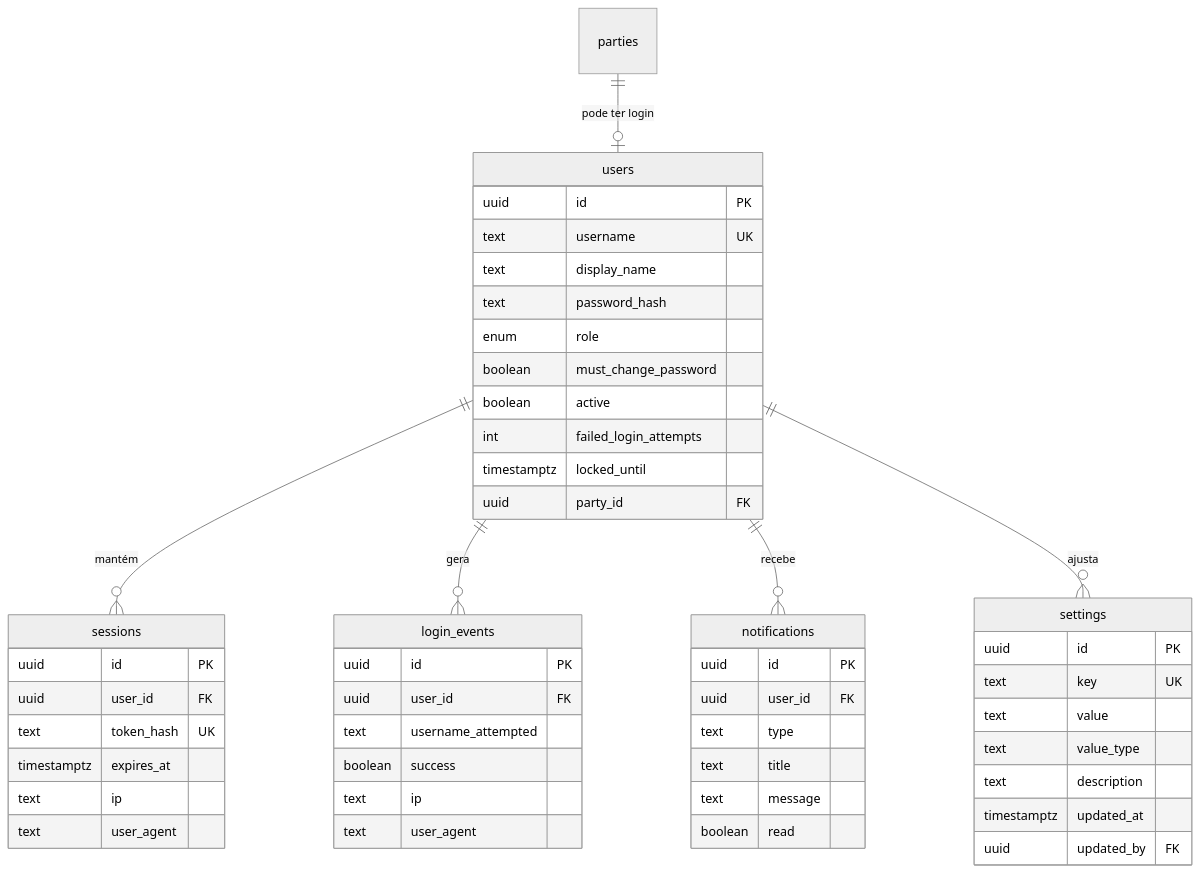
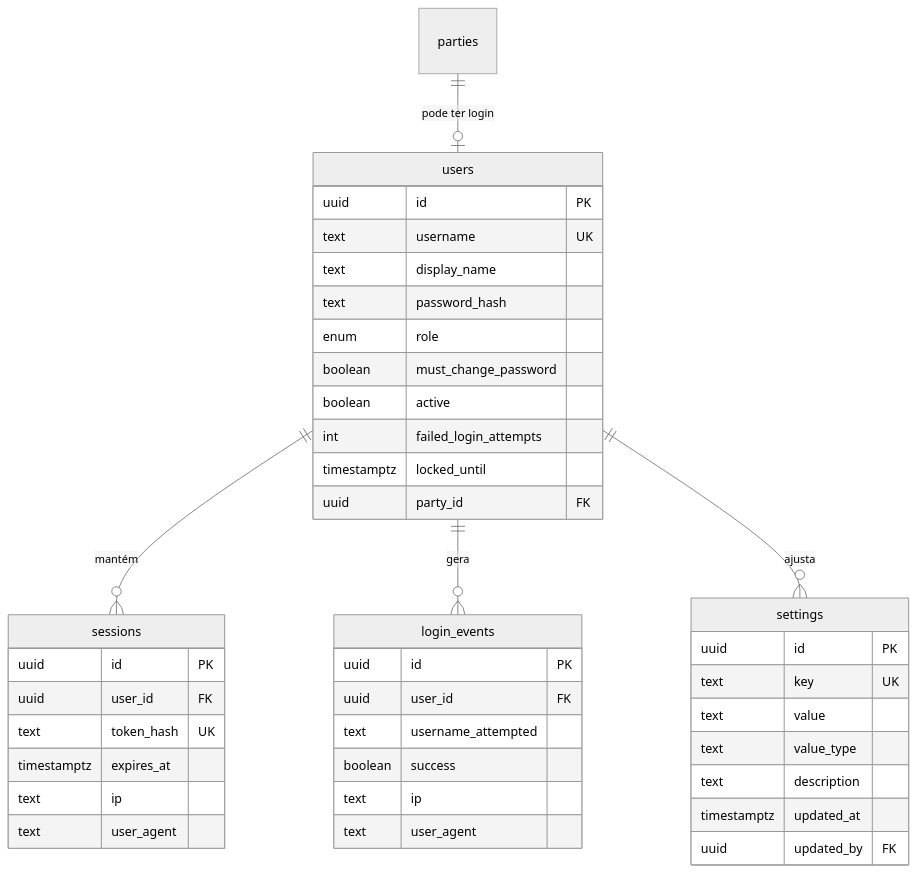
One commit to JoaoMudar/tcc changed the second of 5 diagrams in docs/engenharia/C-modelagem/C6-modelo-entidade-relacionamento.md. Above: the diagram before and after it, drawn with Mermaid (neutral theme). The commit also changed other lines of this file and 1 other file, not shown here.

````diff
--- a/docs/engenharia/C-modelagem/C6-modelo-entidade-relacionamento.md
+++ b/docs/engenharia/C-modelagem/C6-modelo-entidade-relacionamento.md
@@ -210,55 +169,46 @@
 ```mermaid
 erDiagram
   users {
     uuid    id PK
     text    username UK
     text    display_name
     text    password_hash
     enum    role
     boolean must_change_password
     boolean active
     int     failed_login_attempts
     timestamptz locked_until
     uuid    party_id FK
   }
   sessions {
     uuid id PK
     uuid user_id FK
     text token_hash UK
     timestamptz expires_at
     text ip
     text user_agent
   }
   login_events {
     uuid id PK
     uuid user_id FK
     text username_attempted
     boolean success
     text ip
     text user_agent
   }
-  notifications {
-    uuid id PK
-    uuid user_id FK
-    text type
-    text title
-    text message
-    boolean read
-  }
-
   settings {
     uuid id PK
     text key UK
     text value
     text value_type
     text description
     timestamptz updated_at
     uuid updated_by FK
   }
+  parties {}
 
   users ||--o{ sessions     : "mantém"
   users ||--o{ login_events : "gera"
-  users ||--o{ notifications: "recebe"
   users ||--o{ settings     : "ajusta"
   parties ||--o| users : "pode ter login"
 ```
````
